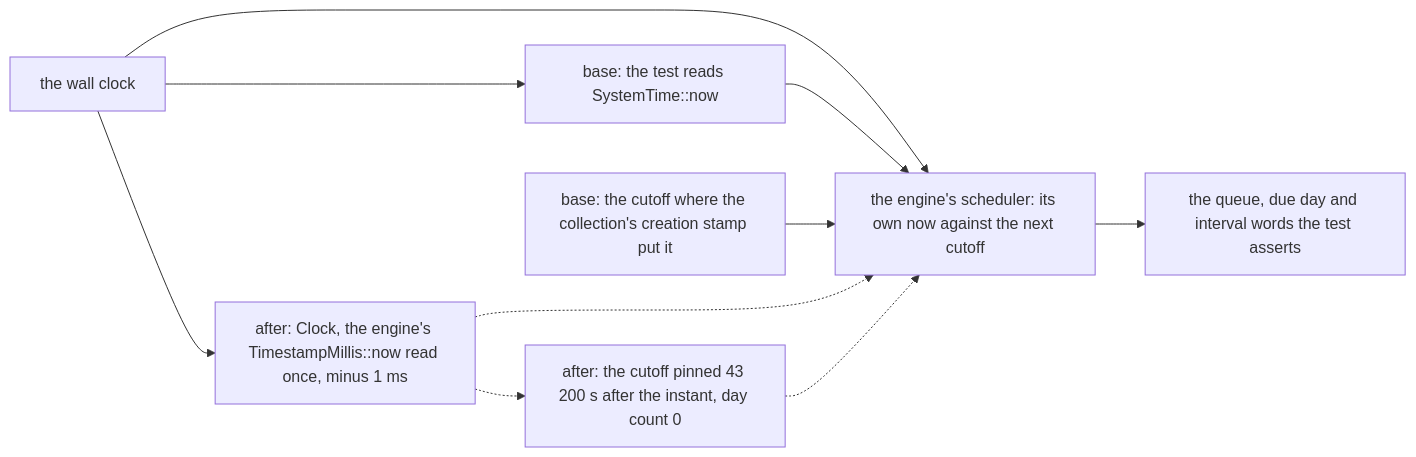
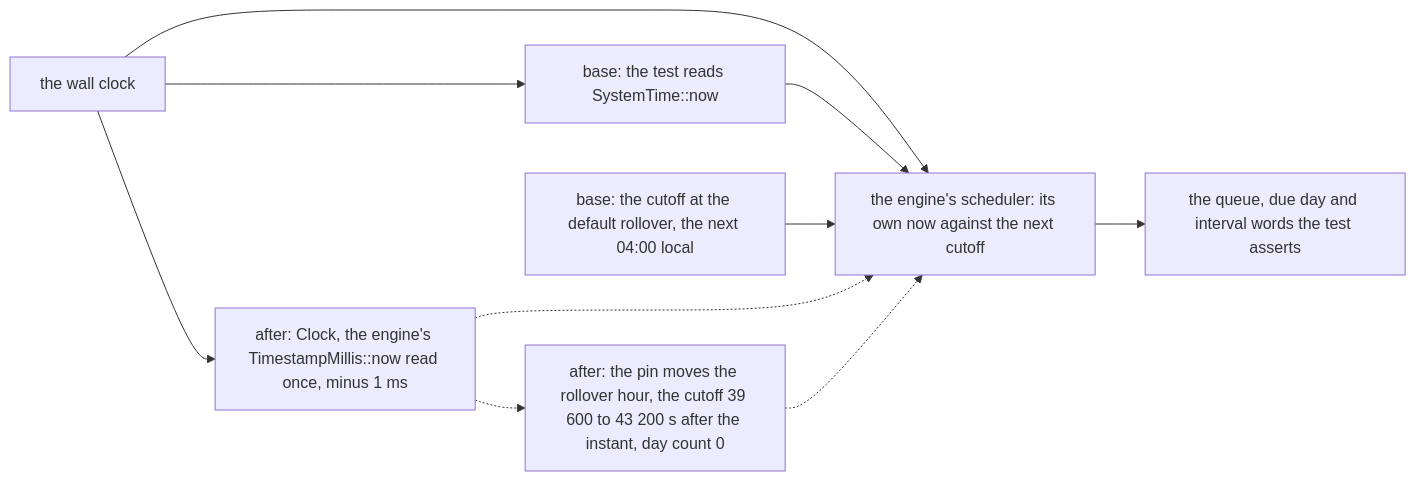
Before and after one commit to RexRenatus/deck-streak: the first of 10 diagrams in docs/schematics/scheduler-tests-take-their-time-from-one-injected-clock.md, drawn with Mermaid. The commit also changed other lines of this file and 2 other files, not shown here.

````diff
--- a/docs/schematics/scheduler-tests-take-their-time-from-one-injected-clock.md
+++ b/docs/schematics/scheduler-tests-take-their-time-from-one-injected-clock.md
@@ -20,19 +23,19 @@
 ```mermaid
 flowchart LR
   wall["the wall clock"]
   testread["base: the test reads SystemTime::now"]
   clk["after: Clock, the engine's TimestampMillis::now read once, minus 1 ms"]
-  natural["base: the cutoff where the collection's creation stamp put it"]
-  pinned["after: the cutoff pinned 43 200 s after the instant, day count 0"]
+  natural["base: the cutoff at the default rollover, the next 04:00 local"]
+  pinned["after: the pin moves the rollover hour, the cutoff 39 600 to 43 200 s after the instant, day count 0"]
   sched["the engine's scheduler: its own now against the next cutoff"]
   asserted["the queue, due day and interval words the test asserts"]
   wall --> testread
   wall --> sched
   wall --> clk
   testread --> sched
   natural --> sched
   clk -.-> sched
   clk -.-> pinned
   pinned -.-> sched
   sched --> asserted
 ```
````
